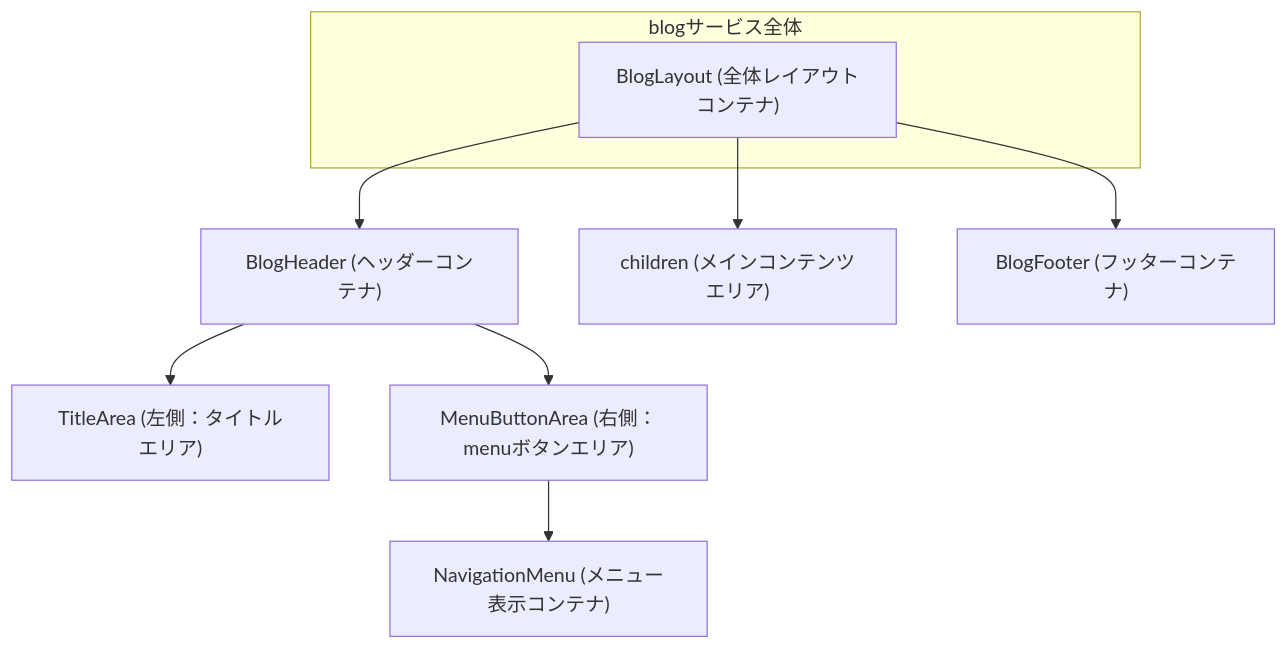
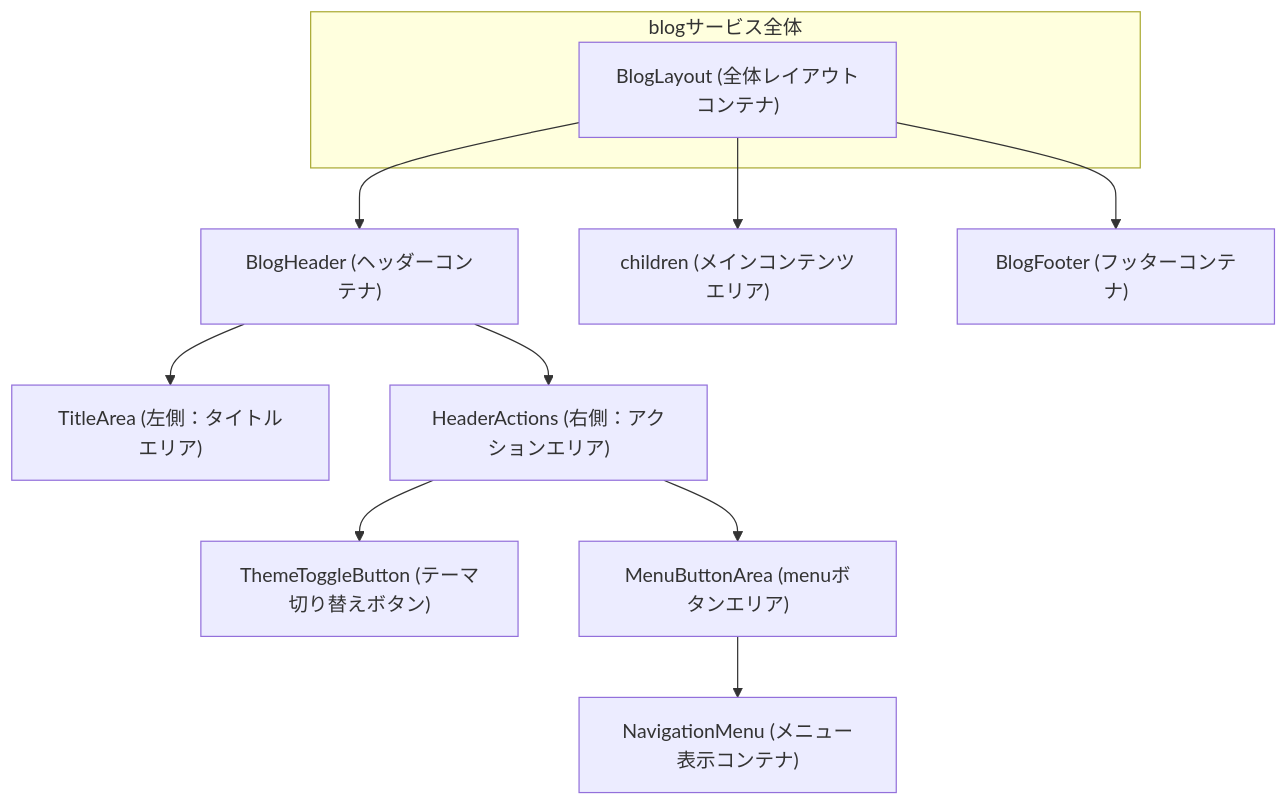
The first of 2 diagrams in develop/blog/common/uiux-spec.md (tezuka-Akihiro/ClaudeMix), drawn with Mermaid before and after one commit. The commit also changed other lines of this file and 24 other files, not shown here.

````diff
--- a/develop/blog/common/uiux-spec.md
+++ b/develop/blog/common/uiux-spec.md
@@ -76,14 +76,16 @@
 ```mermaid
 graph TD
     subgraph Page["blogサービス全体"]
         A["BlogLayout (全体レイアウトコンテナ)"]
     end
 
     A --> B["BlogHeader (ヘッダーコンテナ)"]
     A --> C["children (メインコンテンツエリア)"]
     A --> D["BlogFooter (フッターコンテナ)"]
 
     B --> E["TitleArea (左側：タイトルエリア)"]
-    B --> F["MenuButtonArea (右側：menuボタンエリア)"]
-    F --> G["NavigationMenu (メニュー表示コンテナ)"]
+    B --> F["HeaderActions (右側：アクションエリア)"]
+    F --> G["ThemeToggleButton (テーマ切り替えボタン)"]
+    F --> H["MenuButtonArea (menuボタンエリア)"]
+    H --> I["NavigationMenu (メニュー表示コンテナ)"]
 ```
````
